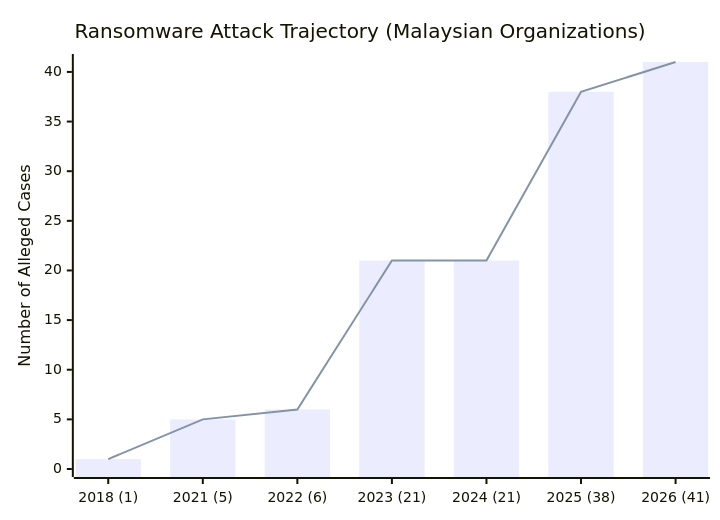
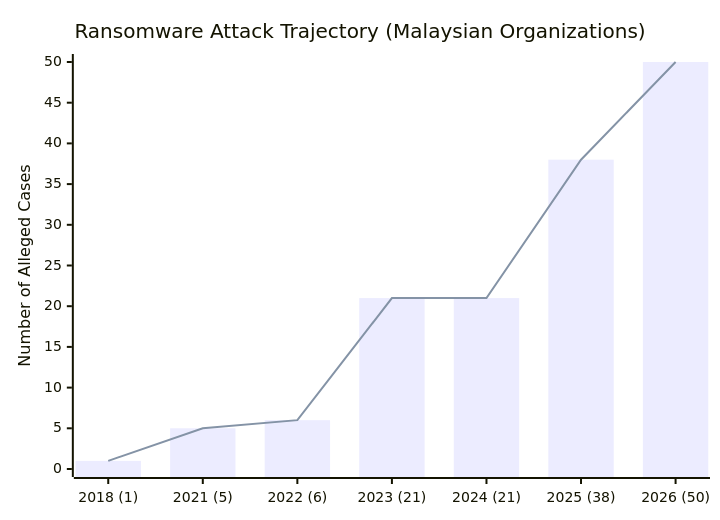
One commit to rectifyq/site changed the first of 4 diagrams in content/my-threat-landscape/ransomware.md. Above: the diagram before and after it, drawn with Mermaid. The commit also changed other lines of this file, not shown here.

Commit message:
Quartz sync: Sep 27, 2026, 1:10 PM

````diff
--- a/content/my-threat-landscape/ransomware.md
+++ b/content/my-threat-landscape/ransomware.md
@@ -16,8 +16,8 @@
 ```mermaid
 xychart-beta
     title "Ransomware Attack Trajectory (Malaysian Organizations)"
-    x-axis ["2018 (1)", "2021 (5)", "2022 (6)", "2023 (21)", "2024 (21)", "2025 (38)", "2026 (41)"]
-    y-axis "Number of Alleged Cases" 0 --> 41
-    bar [1, 5, 6, 21, 21, 38, 41]
-    line [1, 5, 6, 21, 21, 38, 41]
+    x-axis ["2018 (1)", "2021 (5)", "2022 (6)", "2023 (21)", "2024 (21)", "2025 (38)", "2026 (50)"]
+    y-axis "Number of Alleged Cases" 0 --> 50
+    bar [1, 5, 6, 21, 21, 38, 50]
+    line [1, 5, 6, 21, 21, 38, 50]
 ```
````
